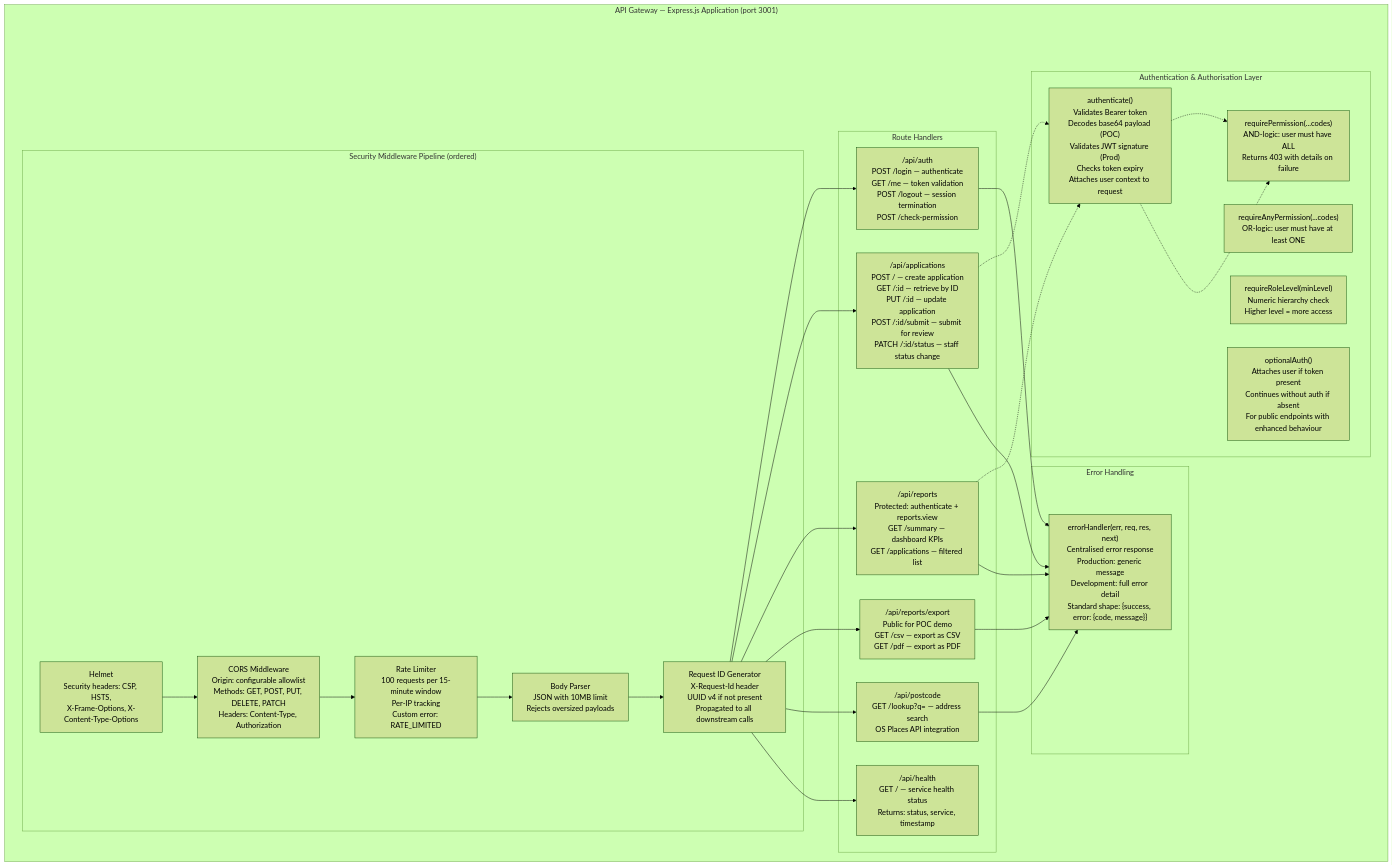
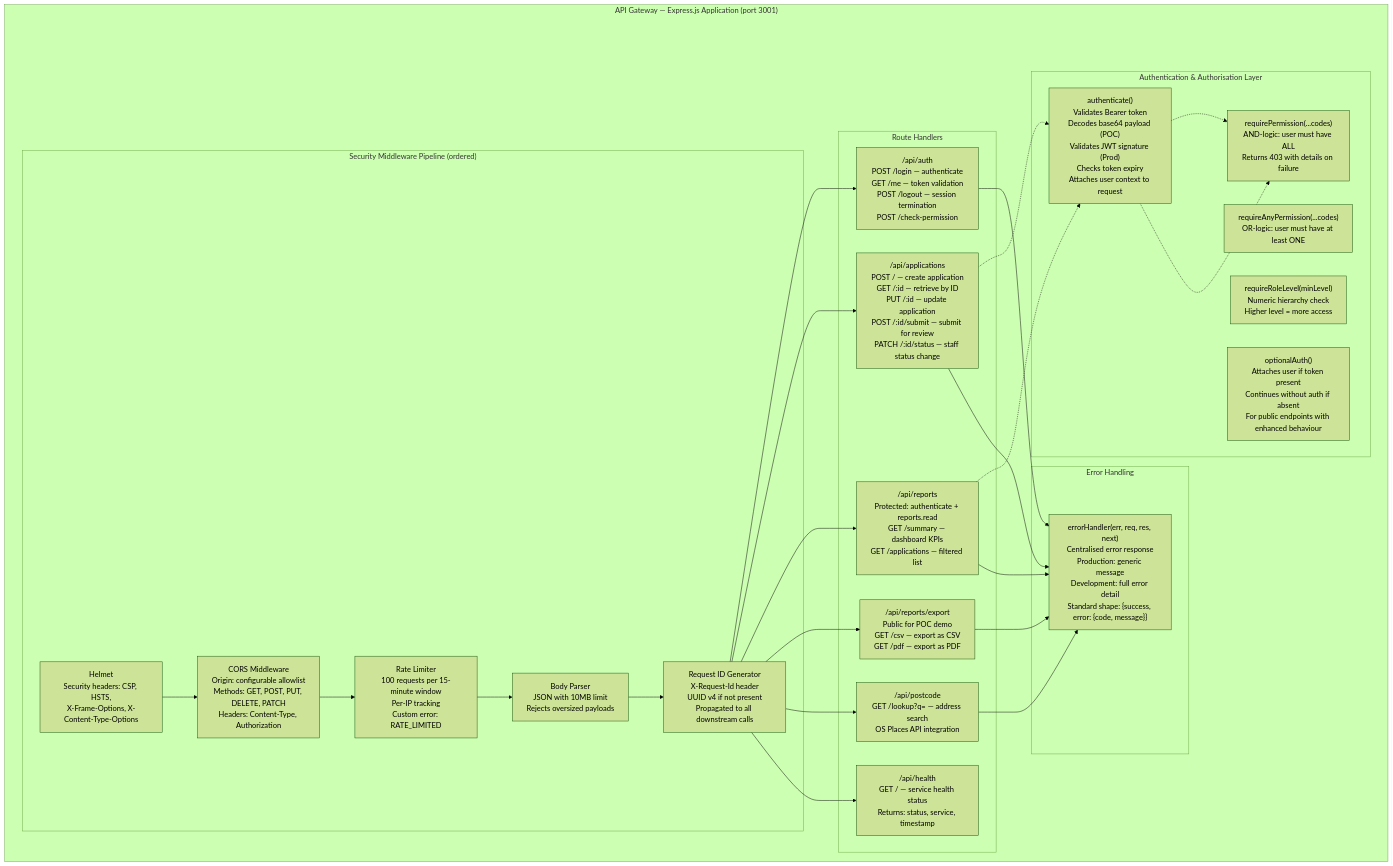
One commit to macleoda-leidos/aib-iaas-poc changed the third of 9 diagrams in docs/architecture.md. Above: the diagram before and after it, drawn with Mermaid (forest theme). The commit also changed other lines of this file and 40 other files, not shown here.

````diff
--- a/docs/architecture.md
+++ b/docs/architecture.md
@@ -158,52 +158,52 @@
 ```mermaid
 graph TB
     subgraph "API Gateway — Express.js Application (port 3001)"
         subgraph "Security Middleware Pipeline (ordered)"
             helmet["Helmet<br/>Security headers: CSP, HSTS,<br/>X-Frame-Options, X-Content-Type-Options"]
             cors["CORS Middleware<br/>Origin: configurable allowlist<br/>Methods: GET, POST, PUT, DELETE, PATCH<br/>Headers: Content-Type, Authorization"]
             rateLimit["Rate Limiter<br/>100 requests per 15-minute window<br/>Per-IP tracking<br/>Custom error: RATE_LIMITED"]
             bodyParser["Body Parser<br/>JSON with 10MB limit<br/>Rejects oversized payloads"]
             requestId["Request ID Generator<br/>X-Request-Id header<br/>UUID v4 if not present<br/>Propagated to all downstream calls"]
         end
 
         subgraph "Authentication & Authorisation Layer"
             authenticate["authenticate()<br/>Validates Bearer token<br/>Decodes base64 payload (POC)<br/>Validates JWT signature (Prod)<br/>Checks token expiry<br/>Attaches user context to request"]
             requirePerm["requirePermission(...codes)<br/>AND-logic: user must have ALL<br/>Returns 403 with details on failure"]
             requireAny["requireAnyPermission(...codes)<br/>OR-logic: user must have at least ONE"]
             requireLevel["requireRoleLevel(minLevel)<br/>Numeric hierarchy check<br/>Higher level = more access"]
             optionalAuth["optionalAuth()<br/>Attaches user if token present<br/>Continues without auth if absent<br/>For public endpoints with enhanced behaviour"]
         end
 
         subgraph "Route Handlers"
             authRoutes["/api/auth<br/>POST /login — authenticate<br/>GET /me — token validation<br/>POST /logout — session termination<br/>POST /check-permission"]
             appRoutes["/api/applications<br/>POST / — create application<br/>GET /:id — retrieve by ID<br/>PUT /:id — update application<br/>POST /:id/submit — submit for review<br/>PATCH /:id/status — staff status change"]
-            reportRoutes["/api/reports<br/>Protected: authenticate + reports.view<br/>GET /summary — dashboard KPIs<br/>GET /applications — filtered list"]
+            reportRoutes["/api/reports<br/>Protected: authenticate + reports.read<br/>GET /summary — dashboard KPIs<br/>GET /applications — filtered list"]
             exportRoutes["/api/reports/export<br/>Public for POC demo<br/>GET /csv — export as CSV<br/>GET /pdf — export as PDF"]
             postcodeRoutes["/api/postcode<br/>GET /lookup?q= — address search<br/>OS Places API integration"]
             healthRoute["/api/health<br/>GET / — service health status<br/>Returns: status, service, timestamp"]
         end
 
         subgraph "Error Handling"
             errorHandler["errorHandler(err, req, res, next)<br/>Centralised error response<br/>Production: generic message<br/>Development: full error detail<br/>Standard shape: {success, error: {code, message}}"]
         end
     end
 
     helmet --> cors --> rateLimit --> bodyParser --> requestId
     requestId --> authRoutes
     requestId --> appRoutes
     requestId --> reportRoutes
     requestId --> exportRoutes
     requestId --> postcodeRoutes
     requestId --> healthRoute
 
     appRoutes -.-> authenticate
     authenticate -.-> requirePerm
     reportRoutes -.-> authenticate
     authenticate -.-> requirePerm
 
     authRoutes --> errorHandler
     appRoutes --> errorHandler
     reportRoutes --> errorHandler
     exportRoutes --> errorHandler
     postcodeRoutes --> errorHandler
 ```
````
